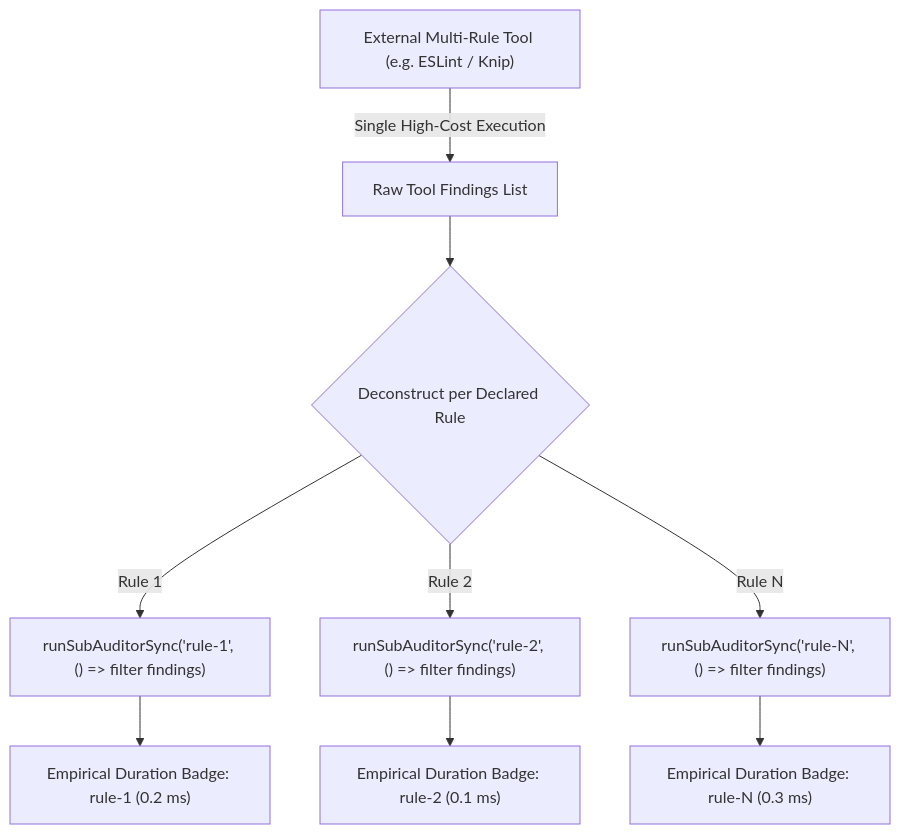
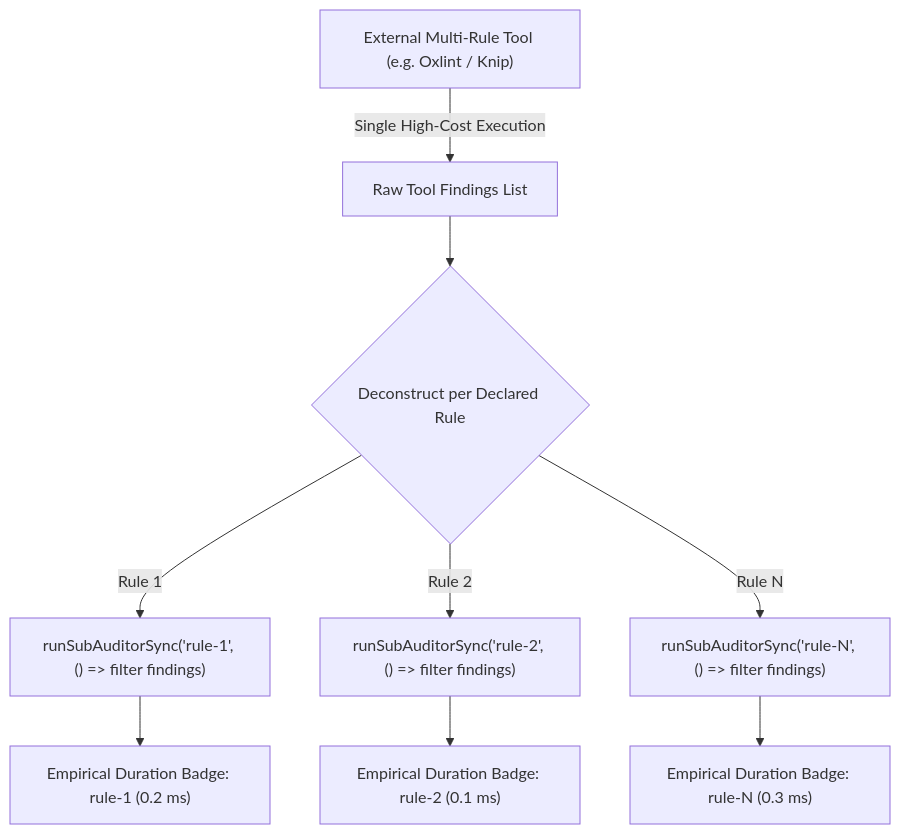
One commit to francogp/auditor changed the third of 4 diagrams in .agents/skills/auditor/references/sub-auditor-authoring-guide.md. Above: the diagram before and after it, drawn with Mermaid. The commit also changed other lines of this file and 947 other files, not shown here.

````diff
--- a/.agents/skills/auditor/references/sub-auditor-authoring-guide.md
+++ b/.agents/skills/auditor/references/sub-auditor-authoring-guide.md
@@ -539,11 +539,11 @@
 ```mermaid
 flowchart TD
-    A["External Multi-Rule Tool (e.g. ESLint / Knip)"] -->|"Single High-Cost Execution"| B["Raw Tool Findings List"]
+    A["External Multi-Rule Tool (e.g. Oxlint / Knip)"] -->|"Single High-Cost Execution"| B["Raw Tool Findings List"]
     B --> C{"Deconstruct per Declared Rule"}
     C -->|"Rule 1"| D1["runSubAuditorSync('rule-1', () => filter findings)"]
     C -->|"Rule 2"| D2["runSubAuditorSync('rule-2', () => filter findings)"]
     C -->|"Rule N"| DN["runSubAuditorSync('rule-N', () => filter findings)"]
     D1 --> E["Empirical Duration Badge: rule-1 (0.2 ms)"]
     D2 --> F["Empirical Duration Badge: rule-2 (0.1 ms)"]
     DN --> G["Empirical Duration Badge: rule-N (0.3 ms)"]
 ```
````
